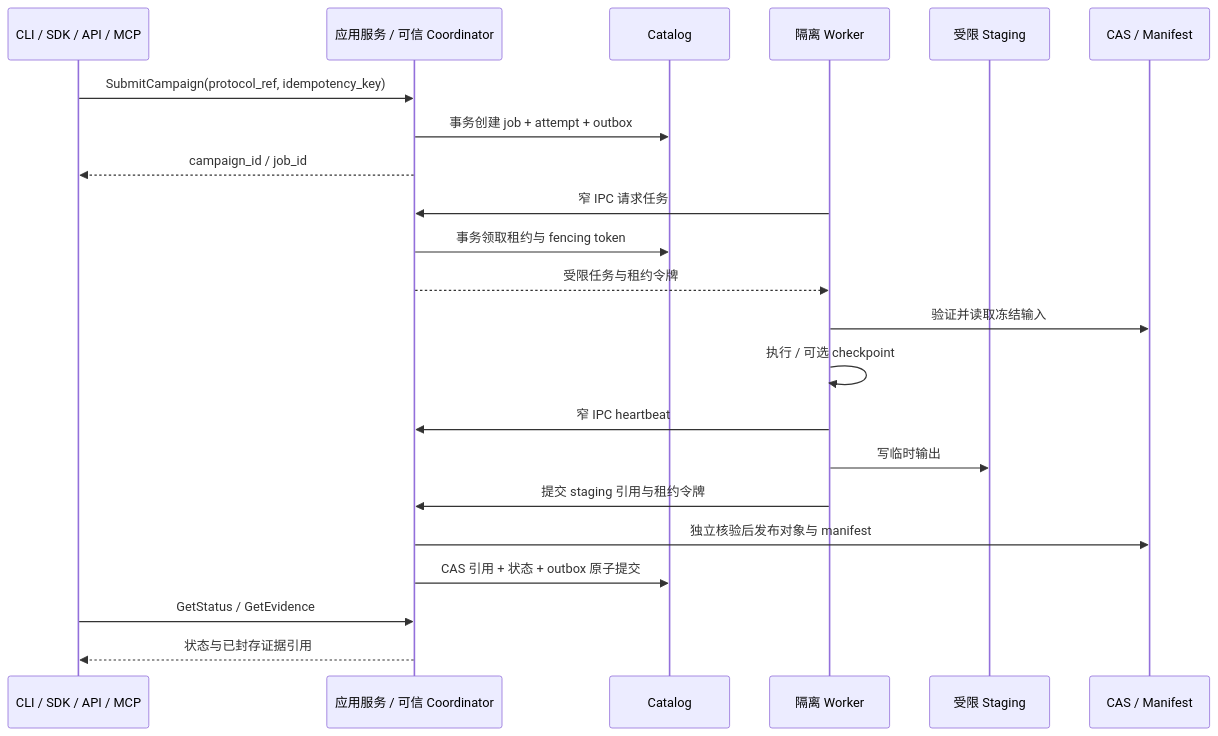
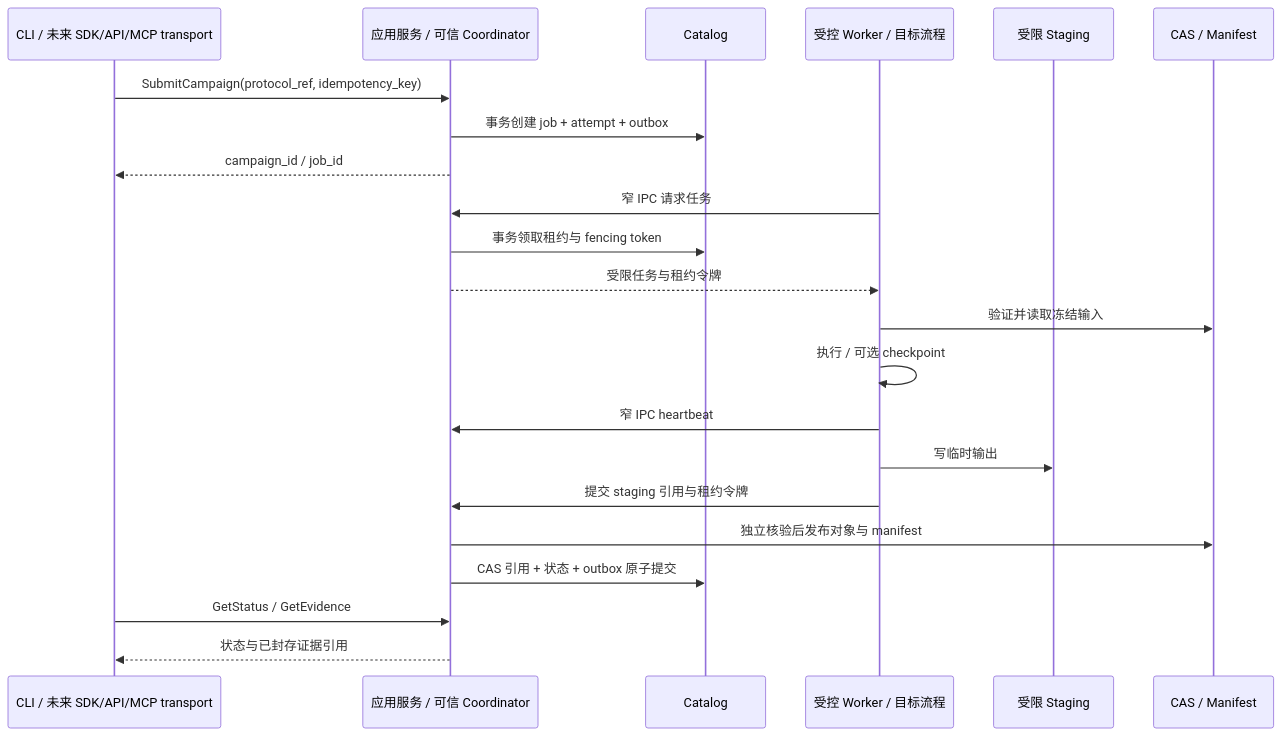
One commit to Darrenus/tickwitness changed the second of 2 diagrams in docs/architecture/system-design.md. Above: the diagram before and after it, drawn with Mermaid. The commit also changed other lines of this file and 8 other files, not shown here.

````diff
--- a/docs/architecture/system-design.md
+++ b/docs/architecture/system-design.md
@@ -155,24 +162,24 @@
 ```mermaid
 sequenceDiagram
-  participant Client as CLI / SDK / API / MCP
+  participant Client as CLI / 未来 SDK/API/MCP transport
   participant App as 应用服务 / 可信 Coordinator
   participant DB as Catalog
-  participant Worker as 隔离 Worker
+  participant Worker as 受控 Worker / 目标流程
   participant Stage as 受限 Staging
   participant CAS as CAS / Manifest
   Client->>App: SubmitCampaign(protocol_ref, idempotency_key)
   App->>DB: 事务创建 job + attempt + outbox
   App-->>Client: campaign_id / job_id
   Worker->>App: 窄 IPC 请求任务
   App->>DB: 事务领取租约与 fencing token
   App-->>Worker: 受限任务与租约令牌
   Worker->>CAS: 验证并读取冻结输入
   Worker->>Worker: 执行 / 可选 checkpoint
   Worker->>App: 窄 IPC heartbeat
   Worker->>Stage: 写临时输出
   Worker->>App: 提交 staging 引用与租约令牌
   App->>CAS: 独立核验后发布对象与 manifest
   App->>DB: CAS 引用 + 状态 + outbox 原子提交
   Client->>App: GetStatus / GetEvidence
   App-->>Client: 状态与已封存证据引用
 ```
````
